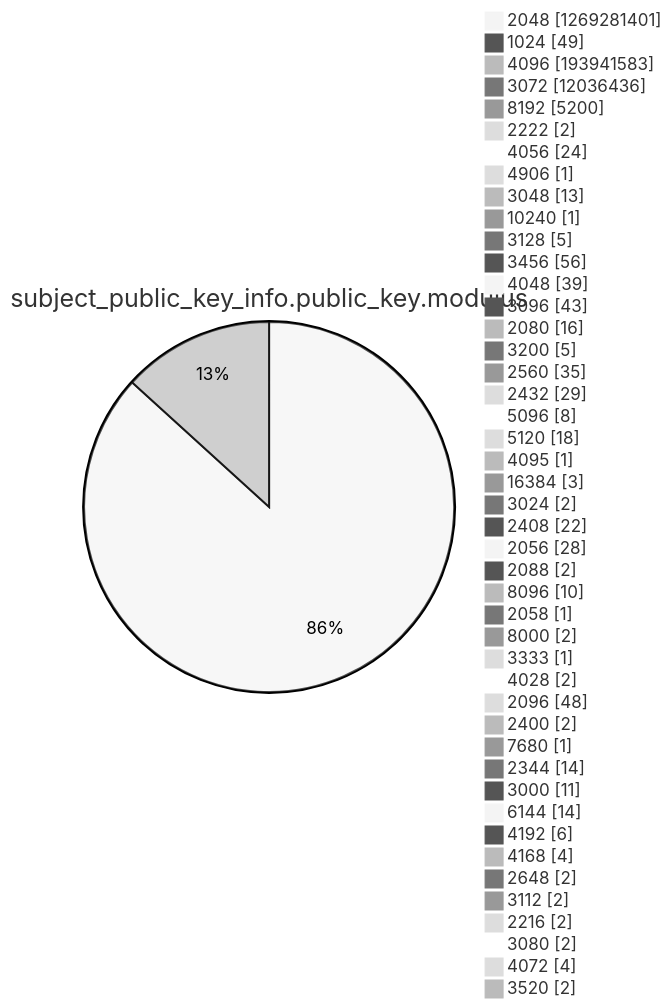
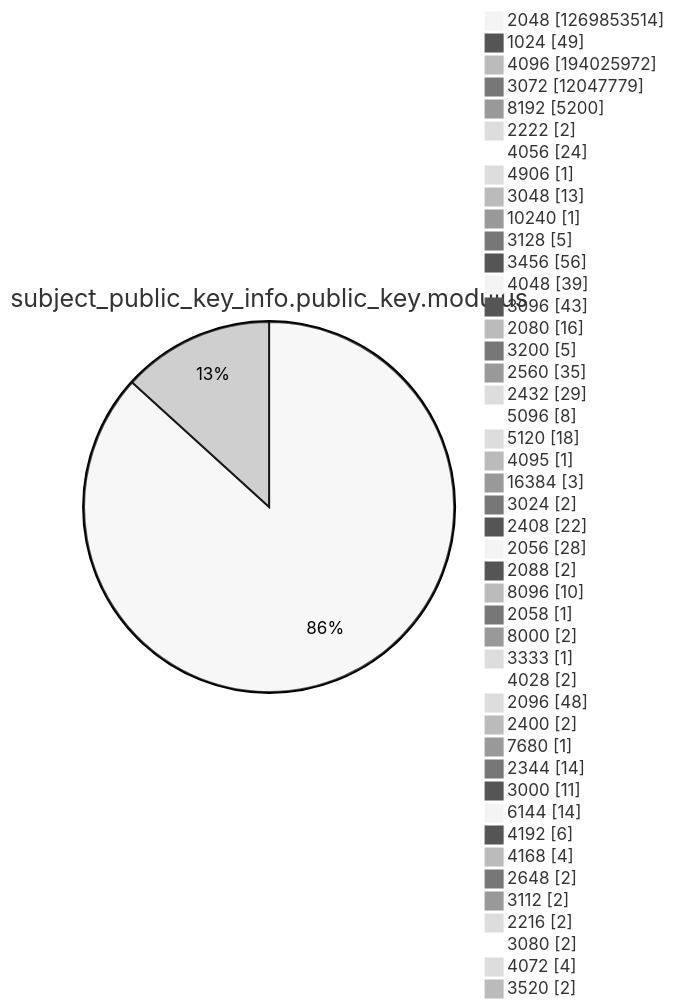
Diagram 13 of 15 in xenon2022/README.md (christiankrug/ctmonitor_visualization), drawn with Mermaid (neutral theme) before and after one commit. The commit also changed other lines of this file, not shown here.

````diff
--- a/xenon2022/README.md
+++ b/xenon2022/README.md
@@ -3920,49 +3920,49 @@
 ```mermaid
 pie showData
 title subject_public_key_info.public_key.modulus
-"2048" :1269281401
+"2048" :1269853514
 "1024" :49
-"4096" :193941583
-"3072" :12036436
+"4096" :194025972
+"3072" :12047779
 "8192" :5200
 "2222" :2
 "4056" :24
 "4906" :1
 "3048" :13
 "10240" :1
 "3128" :5
 "3456" :56
 "4048" :39
 "3096" :43
 "2080" :16
 "3200" :5
 "2560" :35
 "2432" :29
 "5096" :8
 "5120" :18
 "4095" :1
 "16384" :3
 "3024" :2
 "2408" :22
 "2056" :28
 "2088" :2
 "8096" :10
 "2058" :1
 "8000" :2
 "3333" :1
 "4028" :2
 "2096" :48
 "2400" :2
 "7680" :1
 "2344" :14
 "3000" :11
 "6144" :14
 "4192" :6
 "4168" :4
 "2648" :2
 "3112" :2
 "2216" :2
 "3080" :2
 "4072" :4
 "3520" :2
 ```
````
